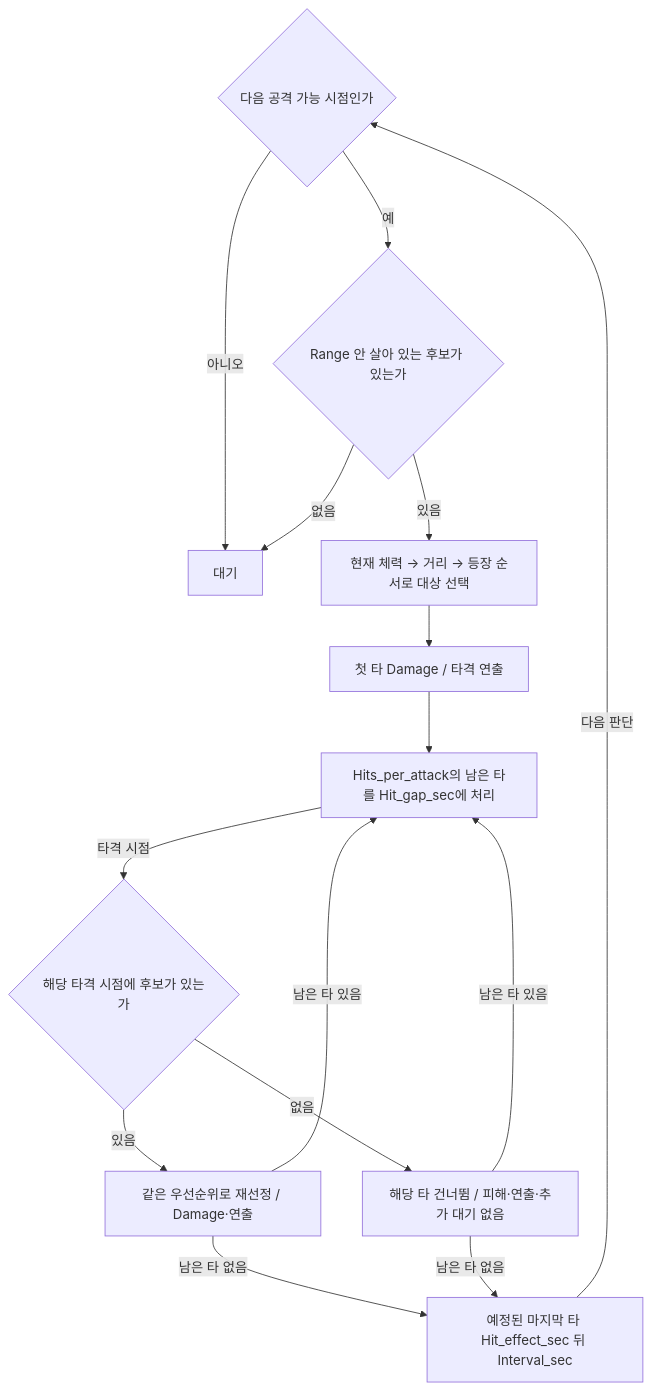
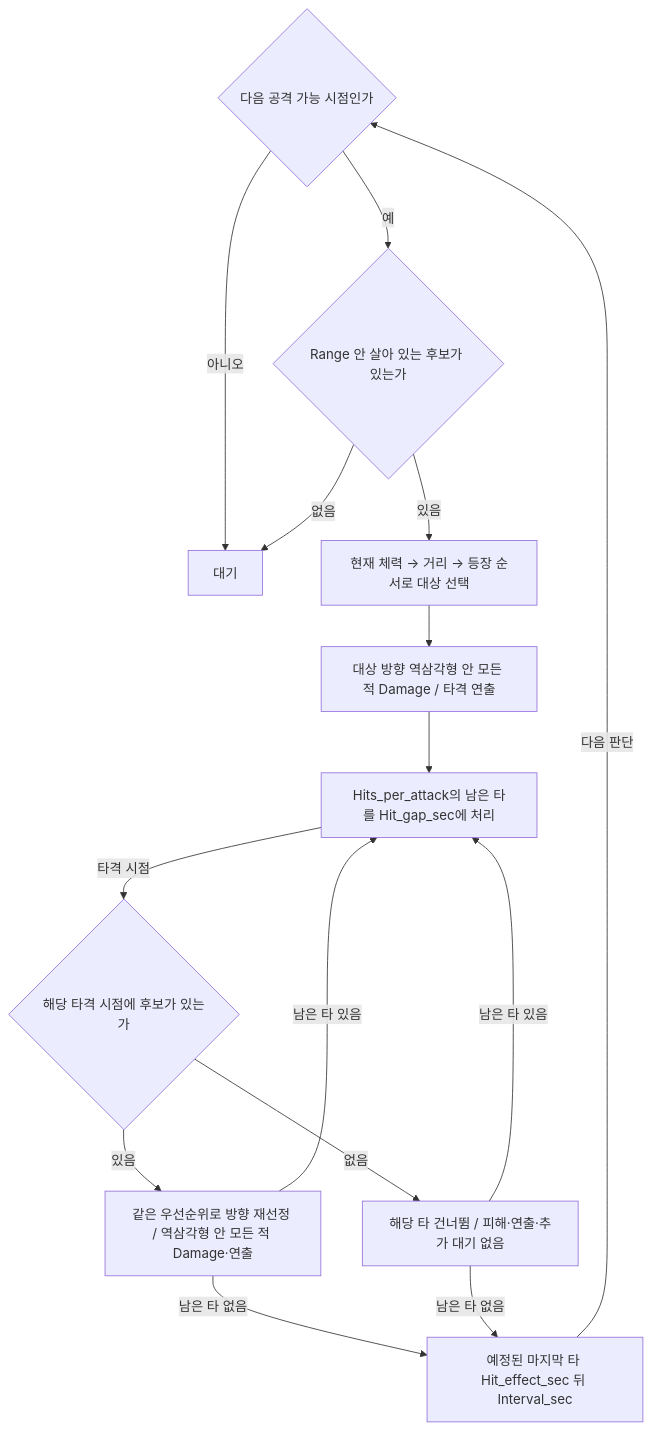
Before and after one commit to MoongTaeng-I/aigame: the first of 2 diagrams in docs/systems/03_combat_and_survival.md, drawn with Mermaid. The commit also changed other lines of this file and 28 other files, not shown here.

````diff
--- a/docs/systems/03_combat_and_survival.md
+++ b/docs/systems/03_combat_and_survival.md
@@ -175,27 +175,27 @@
 ```mermaid
 flowchart TD
     P0{"다음 공격 가능 시점인가"}
     P1["대기"]
     P2{"Range 안 살아 있는 후보가 있는가"}
     P3["현재 체력 → 거리 → 등장 순서로 대상 선택"]
-    P4["첫 타 Damage / 타격 연출"]
+    P4["대상 방향 역삼각형 안 모든 적 Damage / 타격 연출"]
     P5["Hits_per_attack의 남은 타를 Hit_gap_sec에 처리"]
     P6{"해당 타격 시점에 후보가 있는가"}
-    P7["같은 우선순위로 재선정 / Damage·연출"]
+    P7["같은 우선순위로 방향 재선정 / 역삼각형 안 모든 적 Damage·연출"]
     P8["해당 타 건너뜀 / 피해·연출·추가 대기 없음"]
     P9["예정된 마지막 타 Hit_effect_sec 뒤 Interval_sec"]
     P0 -->|아니오| P1
     P0 -->|예| P2
     P2 -->|없음| P1
     P2 -->|있음| P3
     P3 --> P4
     P4 --> P5
     P5 -->|타격 시점| P6
     P6 -->|있음| P7
     P6 -->|없음| P8
     P7 -->|남은 타 있음| P5
     P8 -->|남은 타 있음| P5
     P7 -->|남은 타 없음| P9
     P8 -->|남은 타 없음| P9
     P9 -->|다음 판단| P0
 ```
````
